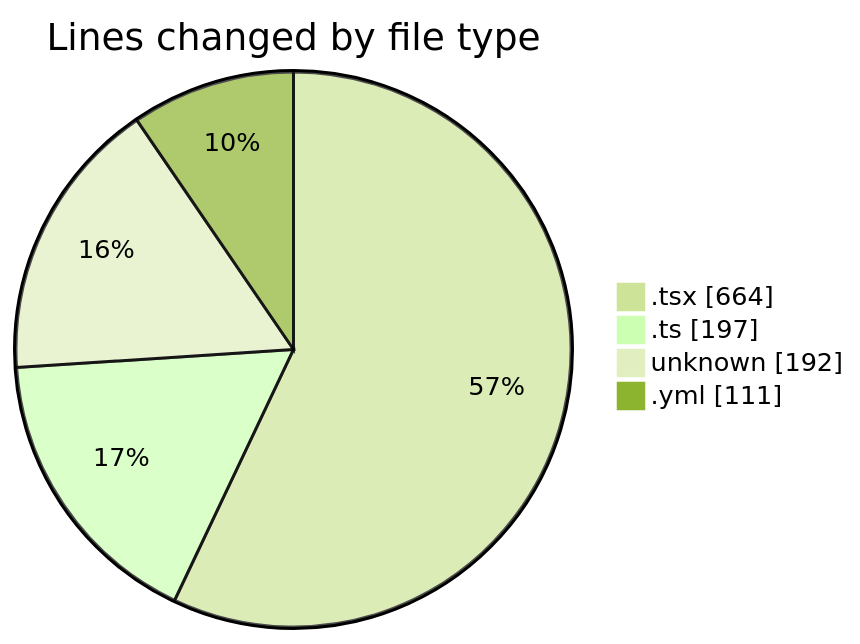
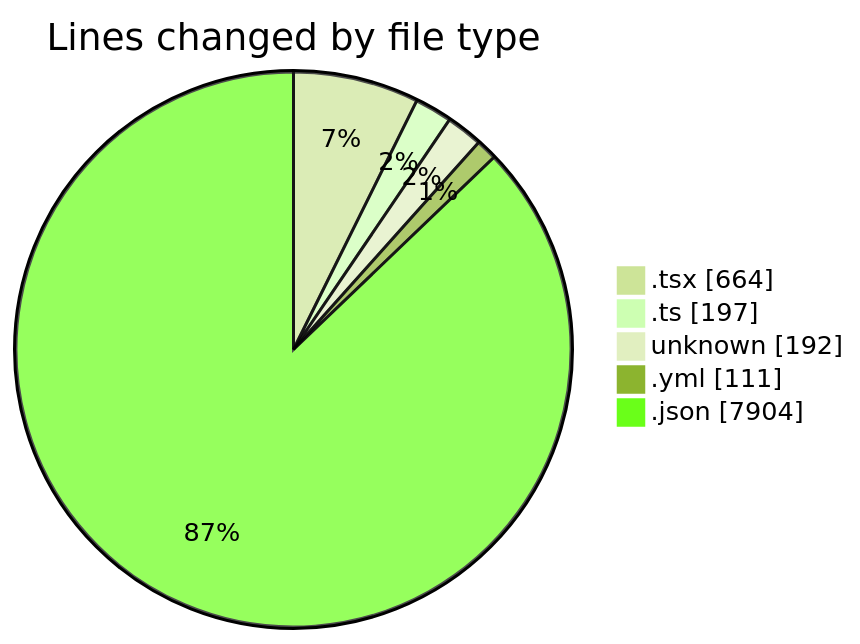
The first of 2 diagrams in 2025-05-20/niten/README.md (Elitesun/code-tracking), drawn with Mermaid (forest theme) before and after one commit. The commit also changed other lines of this file and 1 other file, not shown here.

````diff
--- a/2025-05-20/niten/README.md
+++ b/2025-05-20/niten/README.md
@@ -30,8 +31,9 @@
 ```mermaid
 pie showData
 title Lines changed by file type
 ".tsx" : 664
 ".ts" : 197
 "unknown" : 192
 ".yml" : 111
+".json" : 7904
 ```
````
